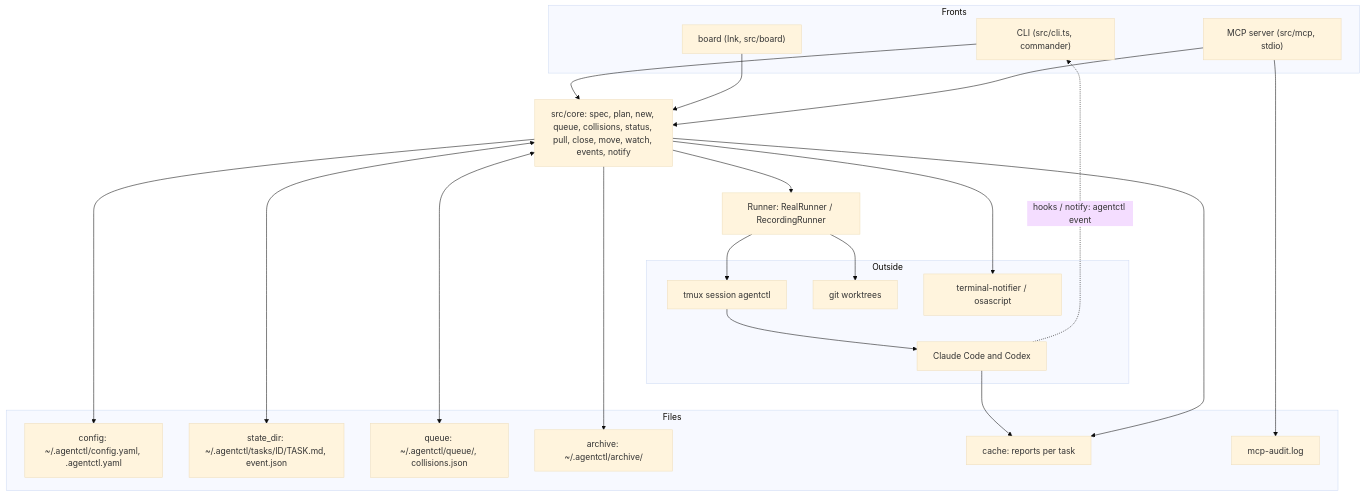
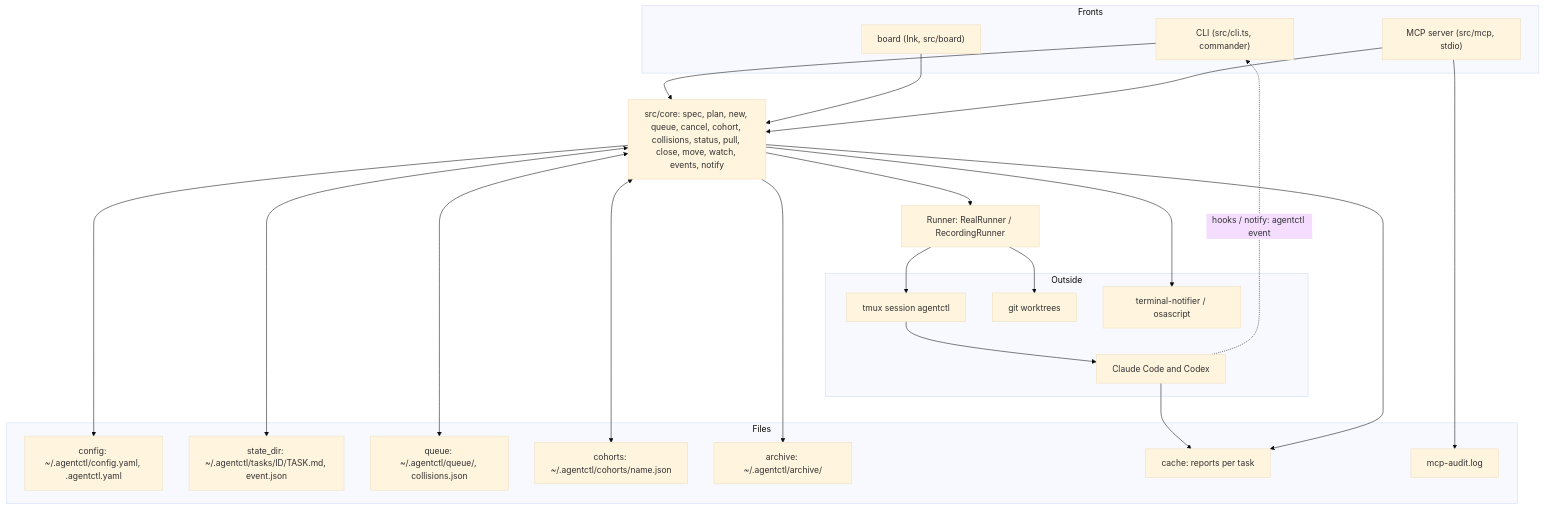
The second of 3 diagrams in README.md (Setech-pl/agentctl), drawn with Mermaid (base theme) before and after one commit. The commit also changed other lines of this file and 6 other files, not shown here.

Commit message:
Documentation for 0.10.0: Cancelling tasks and Cohorts in both READMEs, details, configuration, MCP update notes, diagrams with cancelled, blocked and cohorts, CHANGELOG, version 0.10.0

````diff
--- a/README.md
+++ b/README.md
@@ -78,40 +86,42 @@
 ```mermaid
 flowchart TB
     subgraph fronts [Fronts]
         CLI["CLI (src/cli.ts, commander)"]
         BOARD["board (Ink, src/board)"]
         MCP["MCP server (src/mcp, stdio)"]
     end
-    CORE["src/core: spec, plan, new, queue, collisions, status, pull, close, move, watch, events, notify"]
+    CORE["src/core: spec, plan, new, queue, cancel, cohort, collisions, status, pull, close, move, watch, events, notify"]
     RUN["Runner: RealRunner / RecordingRunner"]
     subgraph world [Outside]
         TMUX[tmux session agentctl]
         GIT[git worktrees]
         AG[Claude Code and Codex]
         NOTE[terminal-notifier / osascript]
     end
     subgraph disk [Files]
         CFG["config: ~/.agentctl/config.yaml, .agentctl.yaml"]
         STATE["state_dir: ~/.agentctl/tasks/ID/TASK.md, event.json"]
         QUEUE["queue: ~/.agentctl/queue/, collisions.json"]
+        COH["cohorts: ~/.agentctl/cohorts/name.json"]
         ARCH["archive: ~/.agentctl/archive/"]
         REP["cache: reports per task"]
         AUDIT["mcp-audit.log"]
     end
     CLI --> CORE
     BOARD --> CORE
     MCP --> CORE
     CORE --> RUN
     RUN --> TMUX
     RUN --> GIT
     TMUX --> AG
     AG -. "hooks / notify: agentctl event" .-> CLI
     CORE --> NOTE
     CORE <--> STATE
     CORE <--> QUEUE
+    CORE <--> COH
     CORE --> ARCH
     CORE --> CFG
     AG --> REP
     CORE --> REP
     MCP --> AUDIT
 ```
````
